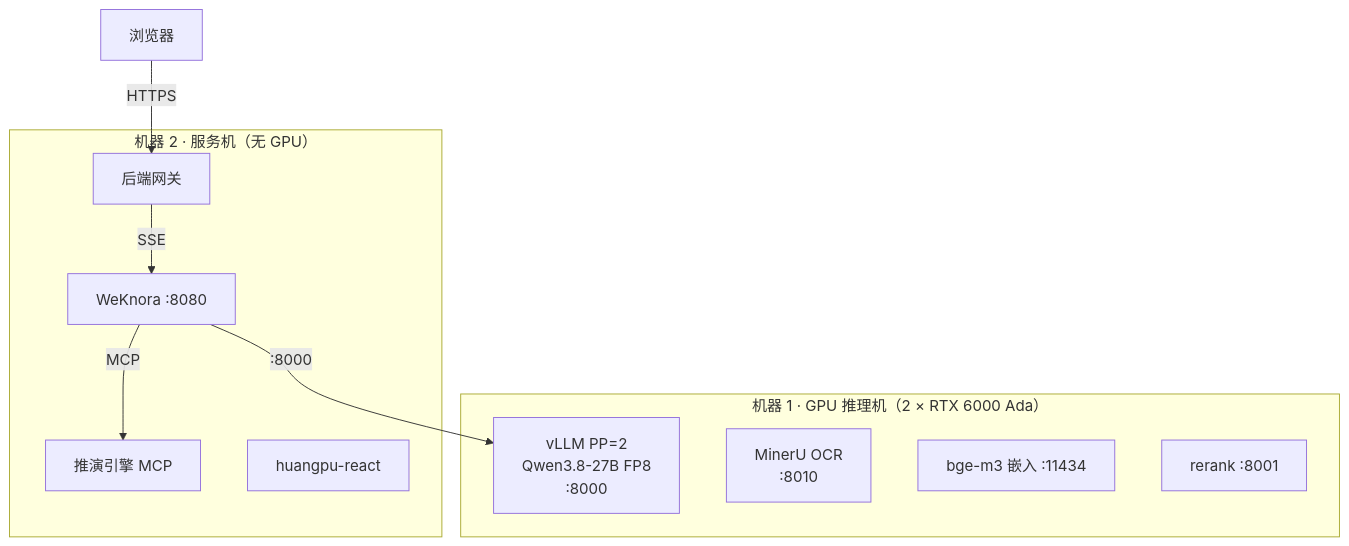
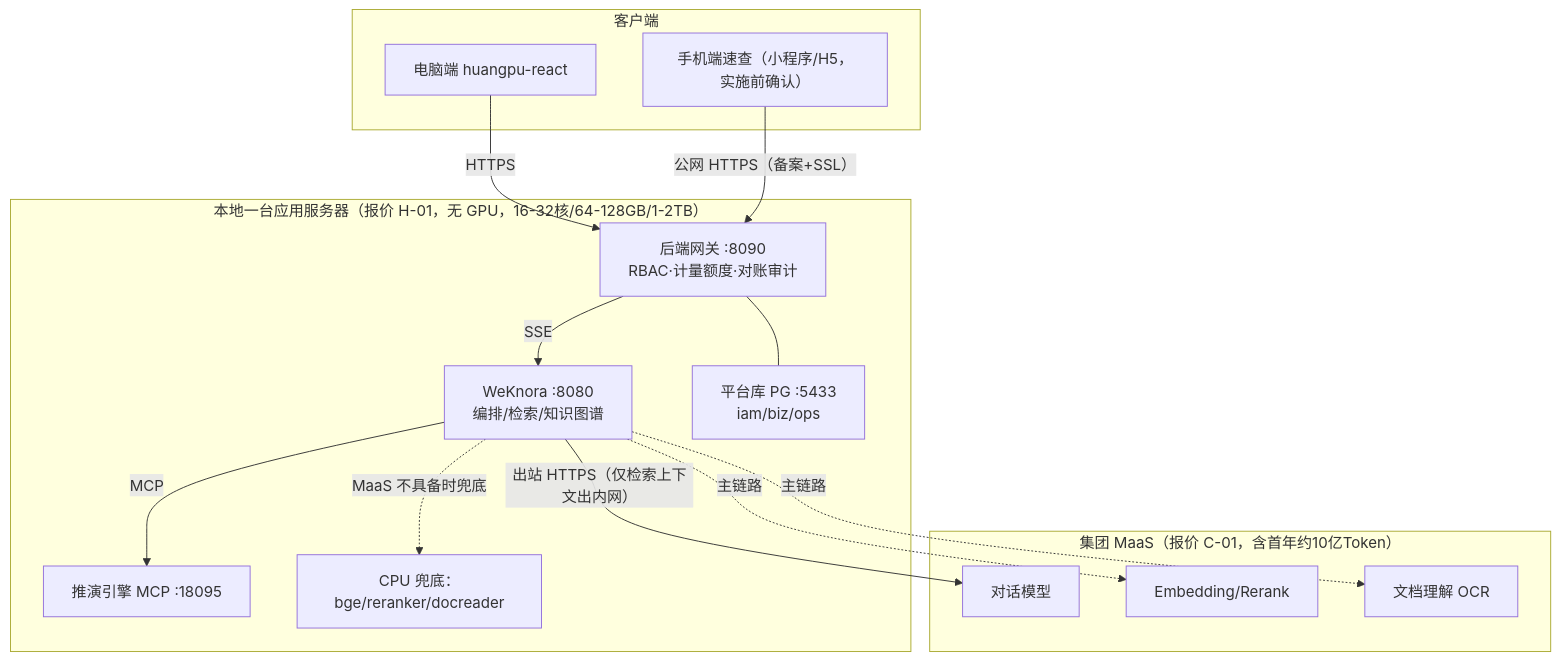
Before and after one commit to Clearlove7Zz/huangpu: the diagram in docs/PRD-黄埔城更RAG利润智能系统-1pager.md, drawn with Mermaid. The commit also changed other lines of this file and 10 other files, not shown here.

````diff
--- a/docs/PRD-黄埔城更RAG利润智能系统-1pager.md
+++ b/docs/PRD-黄埔城更RAG利润智能系统-1pager.md
@@ -33,19 +38,28 @@
 ```mermaid
 graph TB
-    subgraph M1["机器 1 · GPU 推理机（2 × RTX 6000 Ada）"]
-        VLLM["vLLM PP=2<br/>Qwen3.8-27B FP8<br/>:8000"]
-        MINERU["MinerU OCR<br/>:8010"]
-        BGE["bge-m3 嵌入 :11434"]
-        RERANK["rerank :8001"]
+    subgraph CLIENT["客户端"]
+        WEB["电脑端 huangpu-react"]
+        MOB["手机端速查（小程序/H5，实施前确认）"]
     end
-    subgraph M2["机器 2 · 服务机（无 GPU）"]
-        WK["WeKnora :8080"]
-        ENGINE["推演引擎 MCP"]
-        GATEWAY["后端网关"]
-        PORTAL["huangpu-react"]
+    subgraph ONPREM["本地一台应用服务器（报价 H-01，无 GPU，16-32核/64-128GB/1-2TB）"]
+        GATEWAY["后端网关 :8090<br/>RBAC·计量额度·对账审计"]
+        WK["WeKnora :8080<br/>编排/检索/知识图谱"]
+        ENGINE["推演引擎 MCP :18095"]
+        PG["平台库 PG :5433<br/>iam/biz/ops"]
+        FALLBACK["CPU 兜底：bge/reranker/docreader"]
     end
-    Portal["浏览器"] -->|"HTTPS"| GATEWAY
+    subgraph CLOUD["集团 MaaS（报价 C-01，含首年约10亿Token）"]
+        LLM["对话模型"]
+        EMB["Embedding/Rerank"]
+        OCR["文档理解 OCR"]
+    end
+    WEB -->|"HTTPS"| GATEWAY
+    MOB -->|"公网 HTTPS（备案+SSL）"| GATEWAY
     GATEWAY -->|"SSE"| WK
-    WK -->|":8000"| VLLM
     WK -->|"MCP"| ENGINE
+    GATEWAY --- PG
+    WK -->|"出站 HTTPS（仅检索上下文出内网）"| LLM
+    WK -.->|"主链路"| EMB
+    WK -.->|"主链路"| OCR
+    WK -.->|"MaaS 不具备时兜底"| FALLBACK
 ```
````
